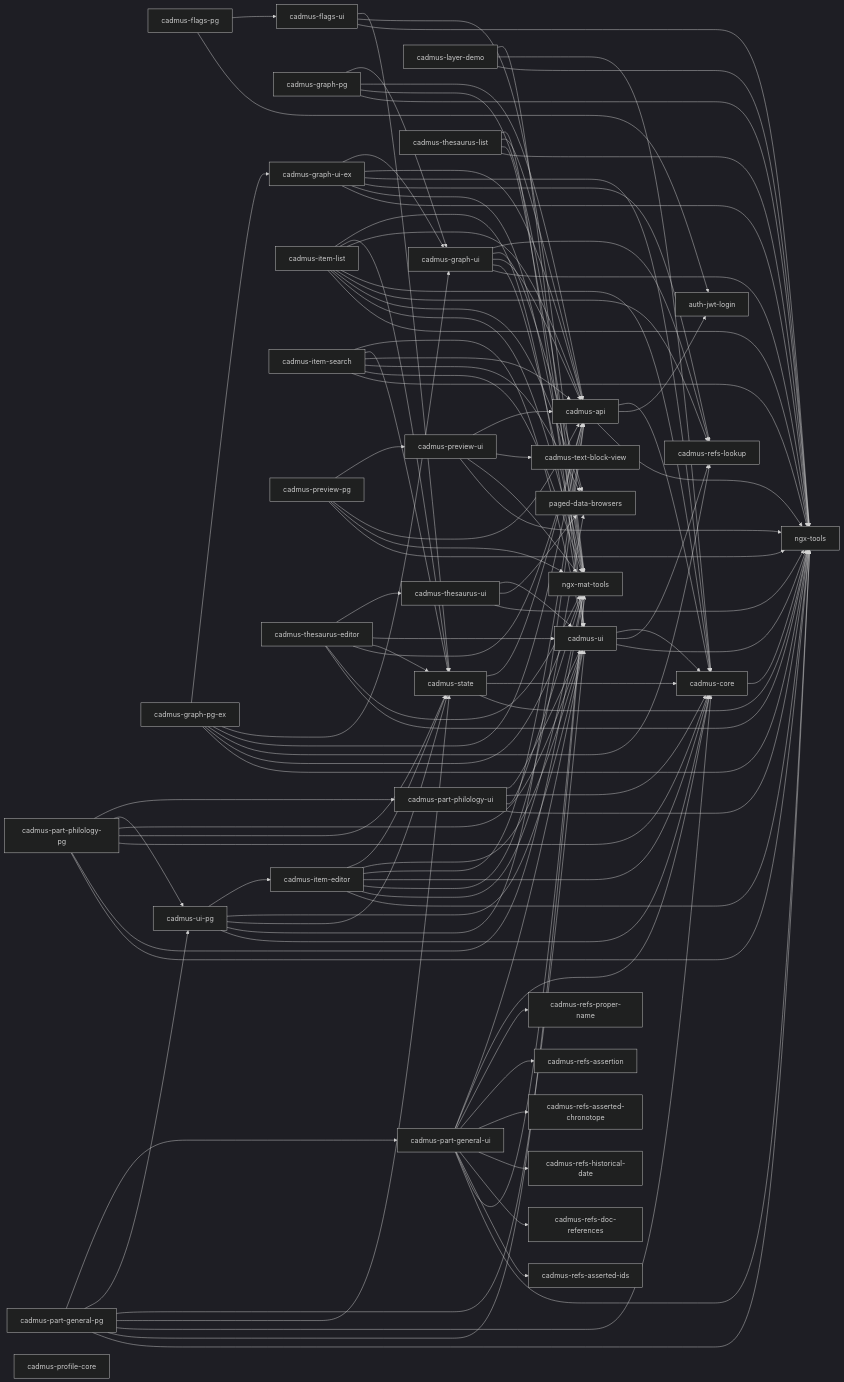
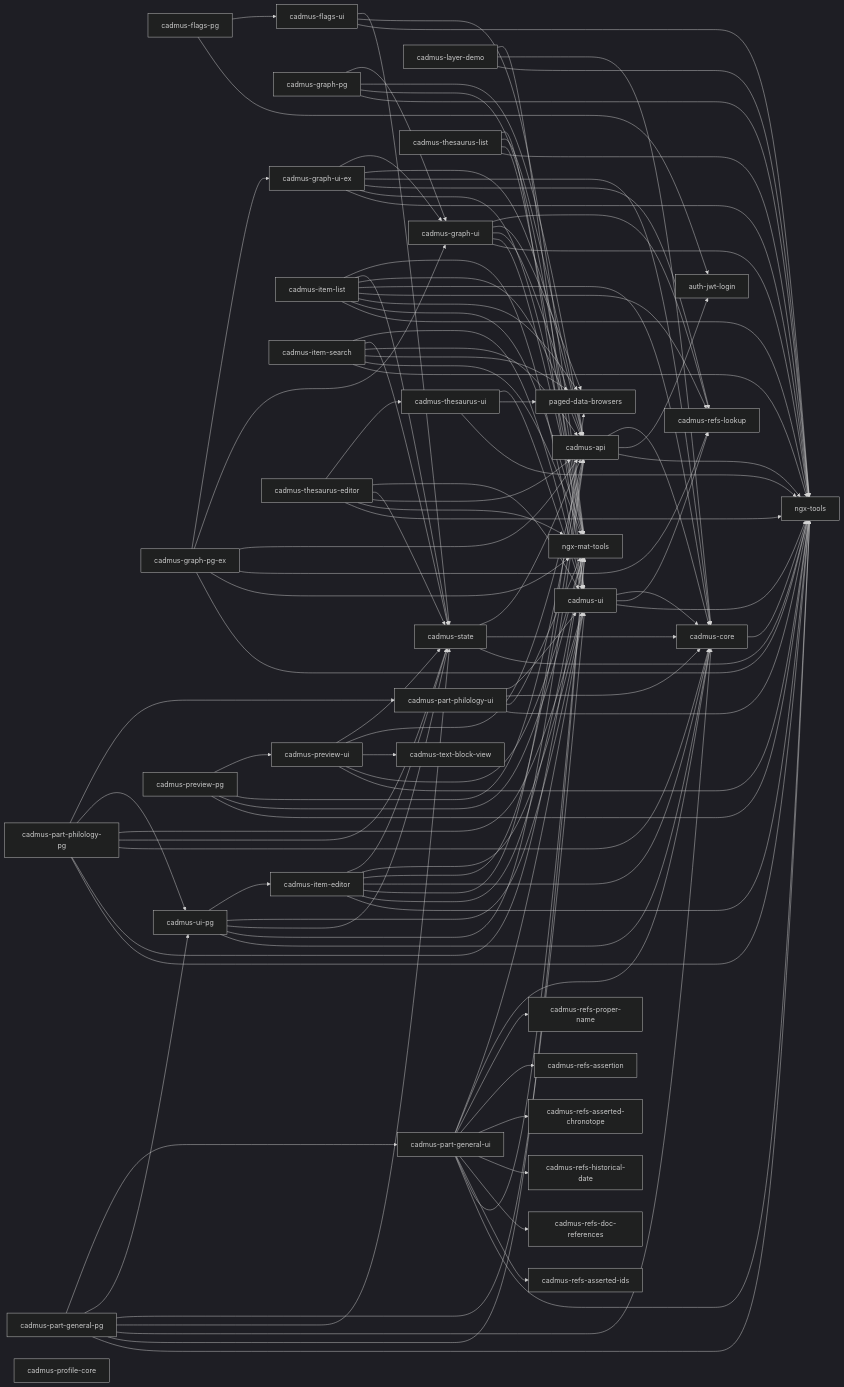
The diagram in README.md (vedph/cadmus-shell-v3), drawn with Mermaid (dark theme) before and after one commit. The commit also changed other lines of this file and 31 other files, not shown here.

```diff
--- a/README.md
+++ b/README.md
@@ -109,6 +139,7 @@
   cadmus-preview-ui --> ngx-mat-tools
   cadmus-preview-ui --> cadmus-text-block-view
   cadmus-preview-ui --> cadmus-api
+  cadmus-preview-ui --> cadmus-state
   cadmus-profile-core
   cadmus-state --> ngx-tools
   cadmus-state --> cadmus-core
```
